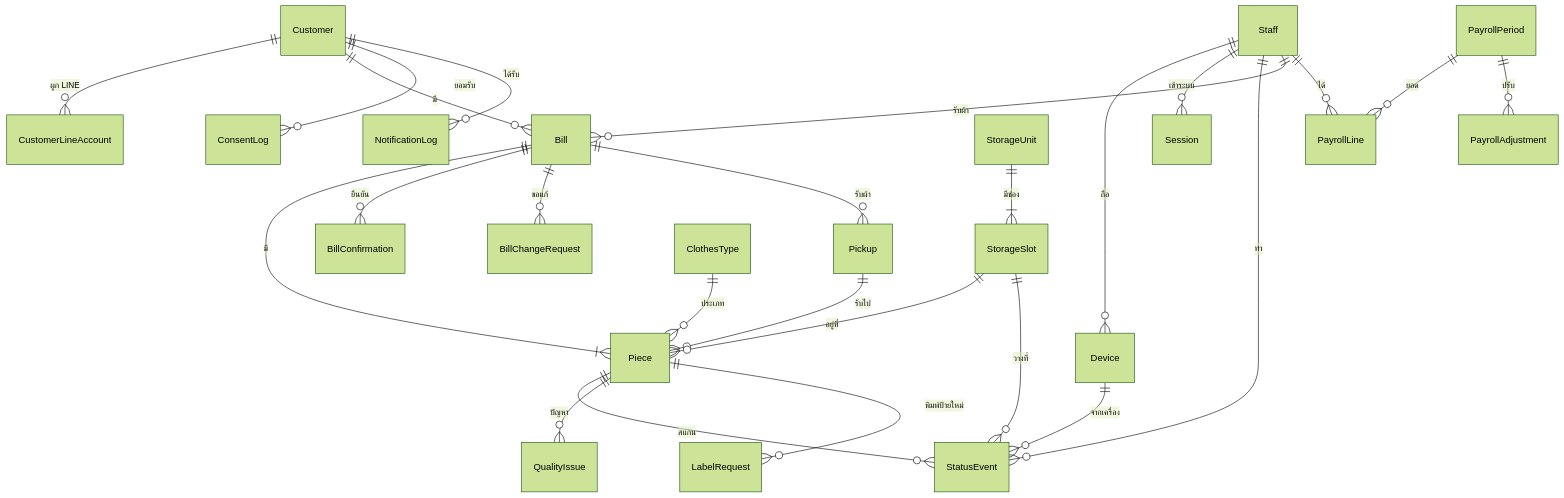
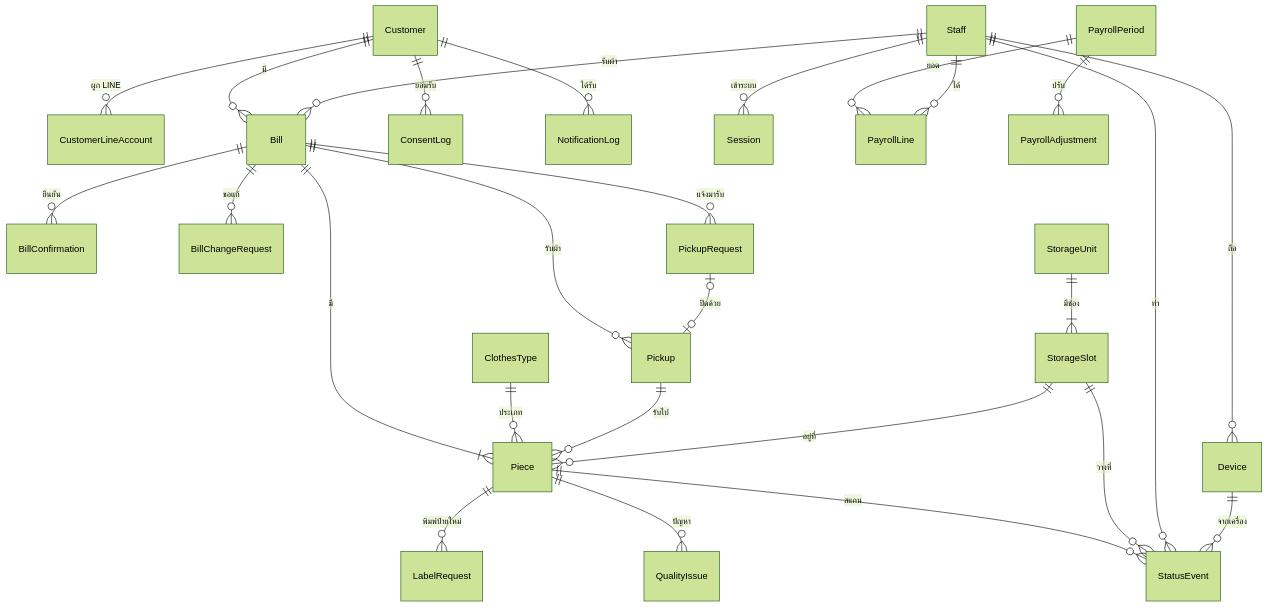
The first of 6 diagrams in docs/spec/SYSTEM-SPEC.md (peeranat45/sriborisud-laundry), drawn with Mermaid (forest theme) before and after one commit. The commit also changed other lines of this file and 3 other files, not shown here.

````diff
--- a/docs/spec/SYSTEM-SPEC.md
+++ b/docs/spec/SYSTEM-SPEC.md
@@ -743,27 +782,29 @@
 ```mermaid
 erDiagram
   Customer ||--o{ CustomerLineAccount : "ผูก LINE"
   Customer ||--o{ Bill : "มี"
   Customer ||--o{ ConsentLog : "ยอมรับ"
   Customer ||--o{ NotificationLog : "ได้รับ"
   Bill ||--|{ Piece : "มี"
   Bill ||--o{ BillConfirmation : "ยืนยัน"
   Bill ||--o{ BillChangeRequest : "ขอแก้"
   Bill ||--o{ Pickup : "รับผ้า"
+  Bill ||--o{ PickupRequest : "แจ้งมารับ"
+  PickupRequest |o--o| Pickup : "ปิดด้วย"
   ClothesType ||--o{ Piece : "ประเภท"
   Piece ||--o{ StatusEvent : "สแกน"
   Piece ||--o{ QualityIssue : "ปัญหา"
   Piece ||--o{ LabelRequest : "พิมพ์ป้ายใหม่"
   Pickup ||--o{ Piece : "รับไป"
   StorageUnit ||--|{ StorageSlot : "มีช่อง"
   StorageSlot ||--o{ Piece : "อยู่ที่"
   StorageSlot ||--o{ StatusEvent : "วางที่"
   Staff ||--o{ Device : "ถือ"
   Staff ||--o{ Session : "เข้าระบบ"
   Staff ||--o{ StatusEvent : "ทำ"
   Staff ||--o{ Bill : "รับผ้า"
   Device ||--o{ StatusEvent : "จากเครื่อง"
   PayrollPeriod ||--o{ PayrollLine : "ยอด"
   PayrollPeriod ||--o{ PayrollAdjustment : "ปรับ"
   Staff ||--o{ PayrollLine : "ได้"
 ```
````
